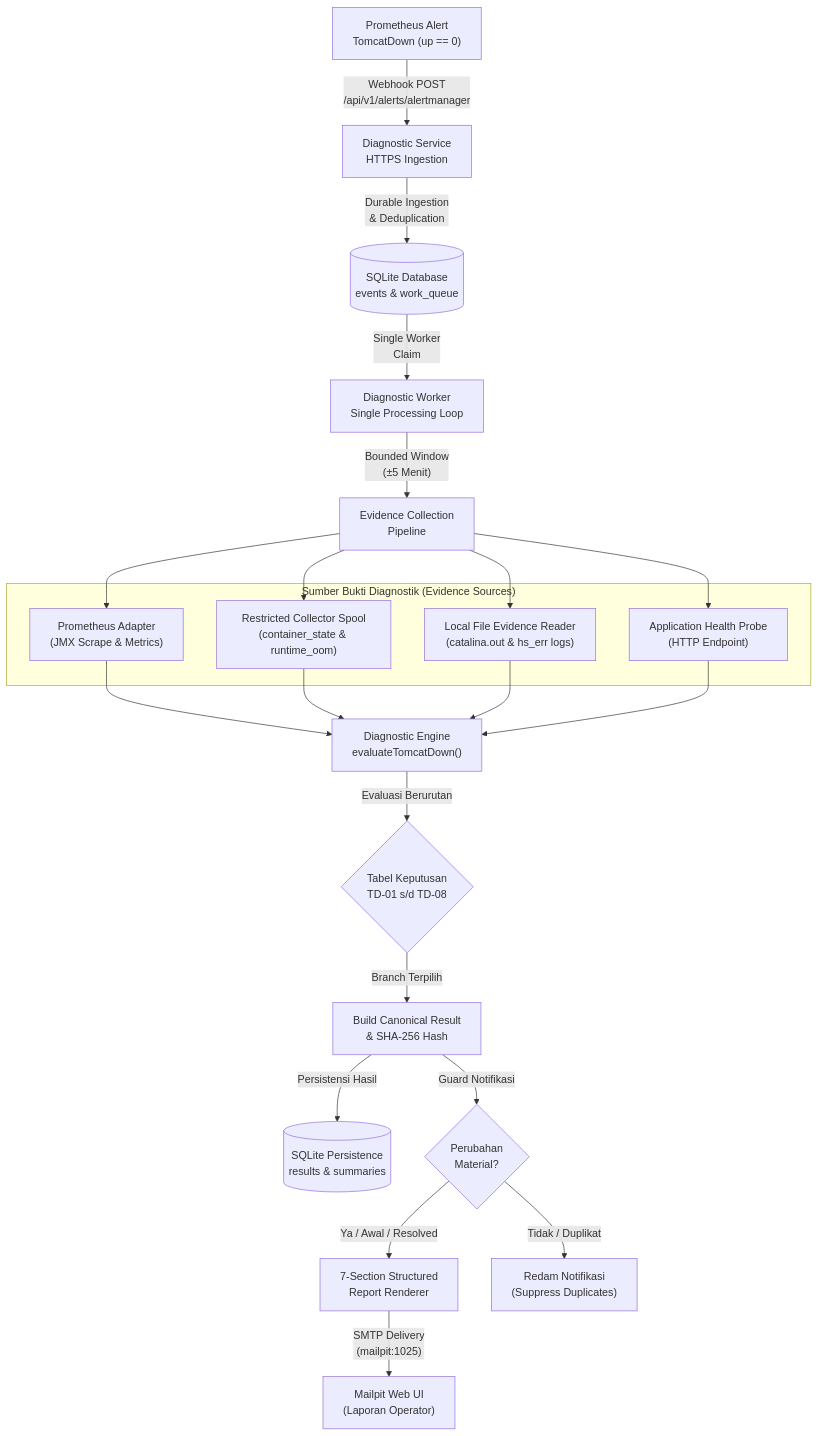
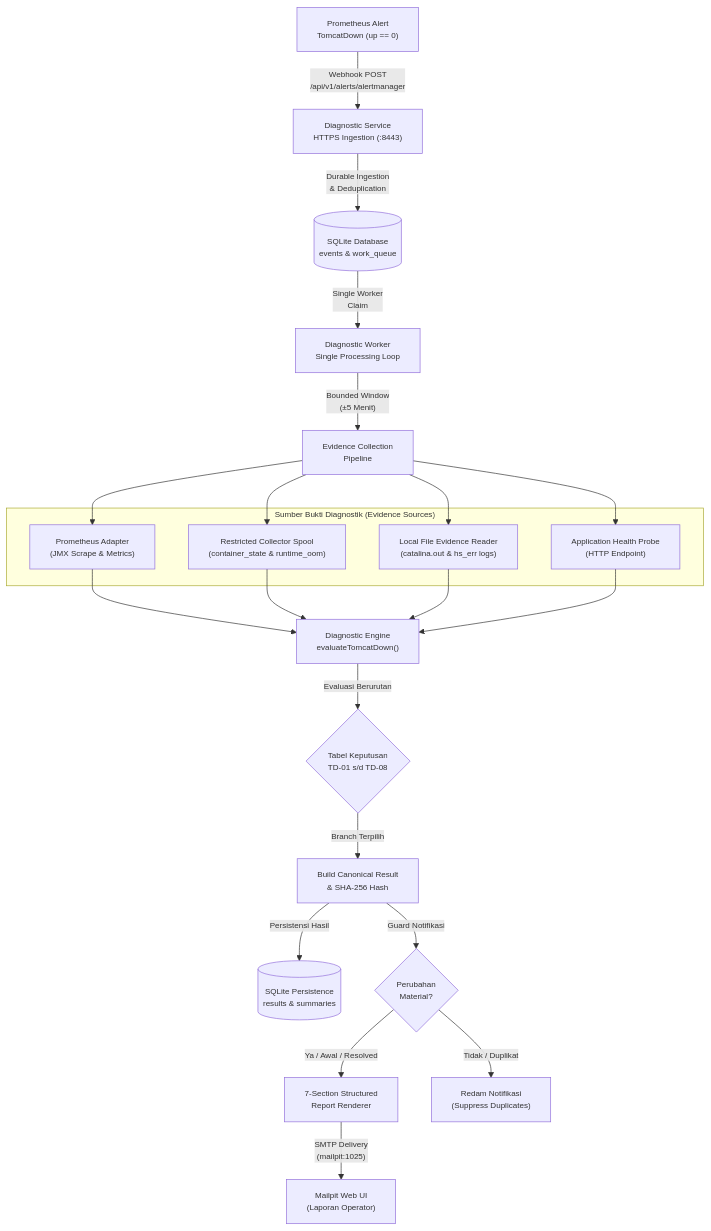
Before and after one commit to edkas07-oss/devops-handbook: the second of 3 diagrams in docs/projects/tomcat-monitoring/engineering-journal/diagnostic-mvp-pilot/TN-017-verify-end-to-end-incident-diagnostic-flow.md, drawn with Mermaid. The commit also changed other lines of this file and 2 other files, not shown here.

Commit message:
docs(tomcat-monitoring): standardize TN-016, TN-017, and expand follow-up tasks with production-ready backlog

````diff
--- a/docs/projects/tomcat-monitoring/engineering-journal/diagnostic-mvp-pilot/TN-017-verify-end-to-end-incident-diagnostic-flow.md
+++ b/docs/projects/tomcat-monitoring/engineering-journal/diagnostic-mvp-pilot/TN-017-verify-end-to-end-incident-diagnostic-flow.md
@@ -61,29 +163,30 @@
 ```mermaid
+%%{init: {'themeVariables': { 'fontSize': '12px' }}}%%
 flowchart TD
-    A["Prometheus Alert<br/>TomcatDown (up == 0)"] -->|"Webhook POST<br/>/api/v1/alerts/alertmanager"| B["Diagnostic Service<br/>HTTPS Ingestion"]
+    A["Prometheus Alert<br/>TomcatDown (up == 0)"] -->|"Webhook POST<br/>/api/v1/alerts/alertmanager"| B["Diagnostic Service<br/>HTTPS Ingestion (:8443)"]
     B -->|"Durable Ingestion<br/>& Deduplication"| C[("SQLite Database<br/>events & work_queue")]
     C -->|"Single Worker<br/>Claim"| D["Diagnostic Worker<br/>Single Processing Loop"]
     D -->|"Bounded Window<br/>(±5 Menit)"| E["Evidence Collection<br/>Pipeline"]
 
     subgraph Evidence_Sources ["Sumber Bukti Diagnostik (Evidence Sources)"]
         E1["Prometheus Adapter<br/>(JMX Scrape & Metrics)"]
         E2["Restricted Collector Spool<br/>(container_state & runtime_oom)"]
         E3["Local File Evidence Reader<br/>(catalina.out & hs_err logs)"]
         E4["Application Health Probe<br/>(HTTP Endpoint)"]
     end
 
     E --> E1
     E --> E2
     E --> E3
     E --> E4
 
     E1 & E2 & E3 & E4 --> F["Diagnostic Engine<br/>evaluateTomcatDown()"]
     F -->|"Evaluasi Berurutan"| G{"Tabel Keputusan<br/>TD-01 s/d TD-08"}
 
     G -->|"Branch Terpilih"| H["Build Canonical Result<br/>& SHA-256 Hash"]
     H -->|"Persistensi Hasil"| I[("SQLite Persistence<br/>results & summaries")]
     H -->|"Guard Notifikasi"| J{"Perubahan<br/>Material?"}
     J -->|"Ya / Awal / Resolved"| K["7-Section Structured<br/>Report Renderer"]
     J -->|"Tidak / Duplikat"| L["Redam Notifikasi<br/>(Suppress Duplicates)"]
     K -->|"SMTP Delivery<br/>(mailpit:1025)"| M["Mailpit Web UI<br/>(Laporan Operator)"]
 ```
````
